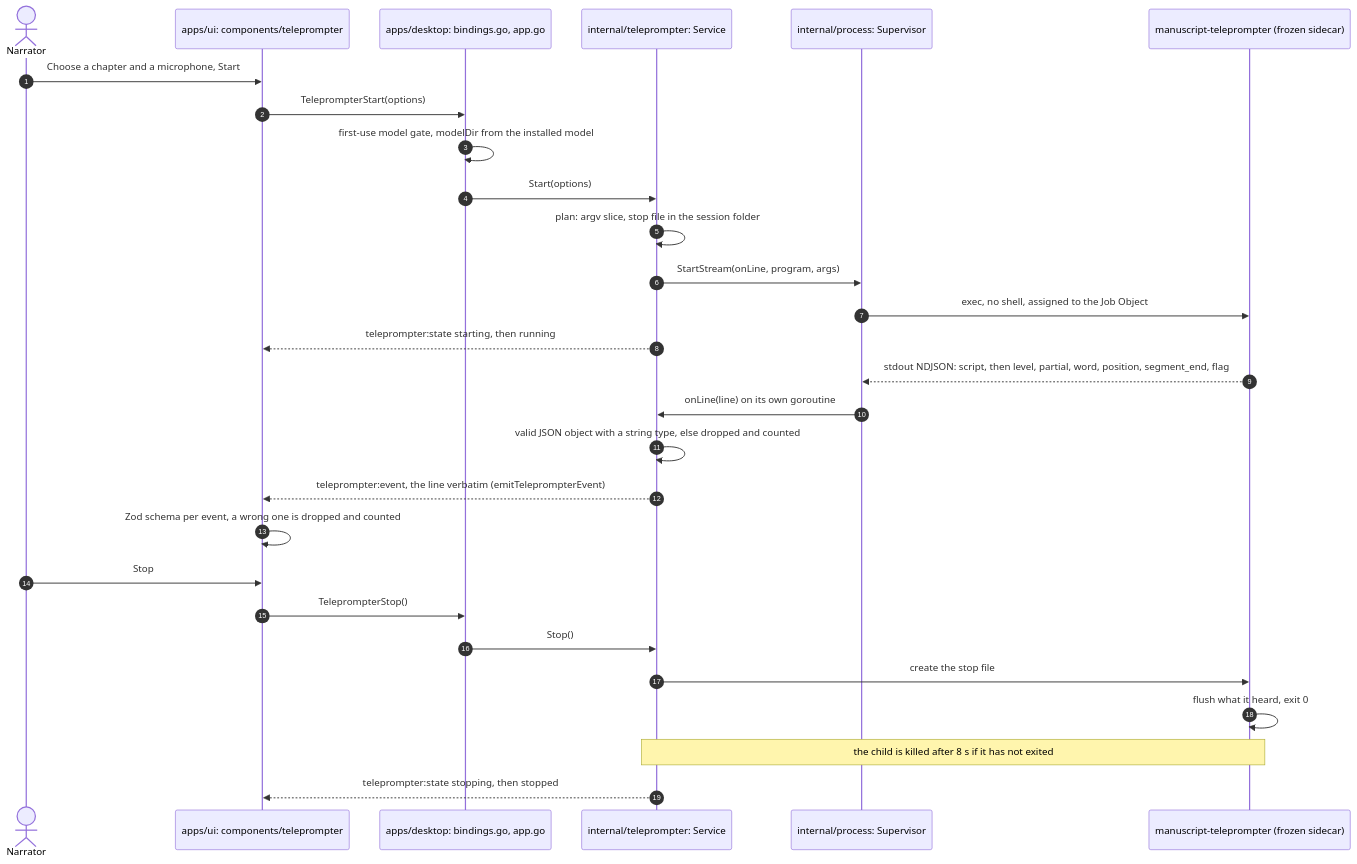
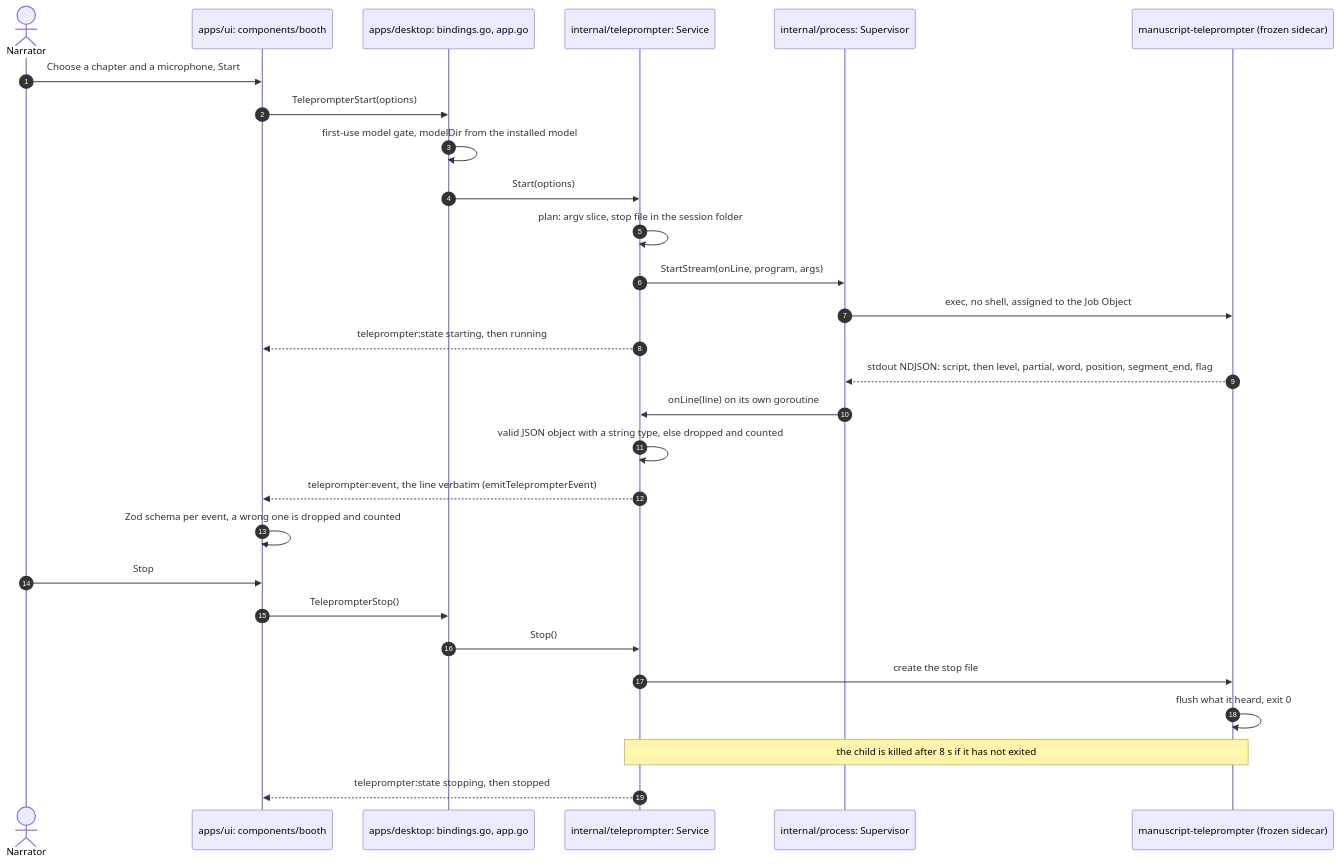
Before and after one commit to countrymanprime/narration-utils: the diagram in docs/architecture/manuscript-teleprompter.md, drawn with Mermaid. The commit also changed other lines of this file and 132 other files, not shown here.

Commit message:
feat(booth): the Booth page replaces the Teleprompter page and the Read aloud dialog (stage nav P4) (#822)

````diff
--- a/docs/architecture/manuscript-teleprompter.md
+++ b/docs/architecture/manuscript-teleprompter.md
@@ -399,30 +399,30 @@
 ```mermaid
 sequenceDiagram
   autonumber
   actor N as Narrator
-  participant UI as apps/ui: components/teleprompter
+  participant UI as apps/ui: components/booth
   participant B as apps/desktop: bindings.go, app.go
   participant S as internal/teleprompter: Service
   participant P as internal/process: Supervisor
   participant T as manuscript-teleprompter (frozen sidecar)
   N->>UI: Choose a chapter and a microphone, Start
   UI->>B: TeleprompterStart(options)
   B->>B: first-use model gate, modelDir from the installed model
   B->>S: Start(options)
   S->>S: plan: argv slice, stop file in the session folder
   S->>P: StartStream(onLine, program, args)
   P->>T: exec, no shell, assigned to the Job Object
   S-->>UI: teleprompter:state starting, then running
   T-->>P: stdout NDJSON: script, then level, partial, word, position, segment_end, flag
   P->>S: onLine(line) on its own goroutine
   S->>S: valid JSON object with a string type, else dropped and counted
   S-->>UI: teleprompter:event, the line verbatim (emitTeleprompterEvent)
   UI->>UI: Zod schema per event, a wrong one is dropped and counted
   N->>UI: Stop
   UI->>B: TeleprompterStop()
   B->>S: Stop()
   S->>T: create the stop file
   T->>T: flush what it heard, exit 0
   Note over S,T: the child is killed after 8 s if it has not exited
   S-->>UI: teleprompter:state stopping, then stopped
 ```
````
